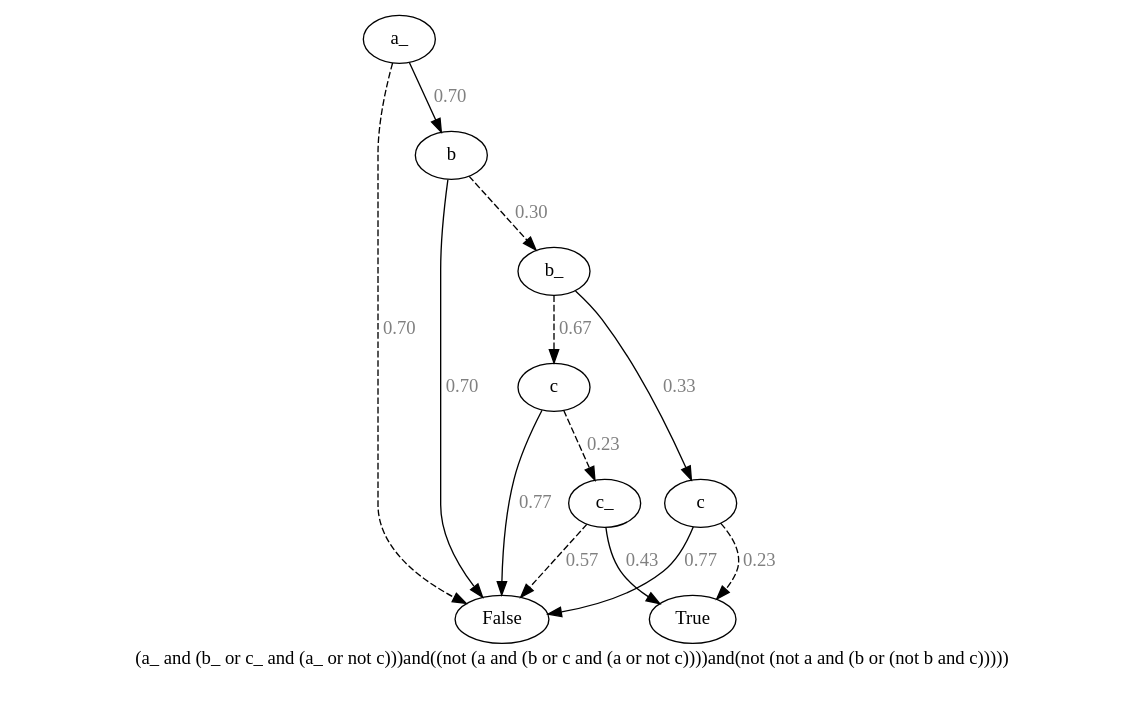
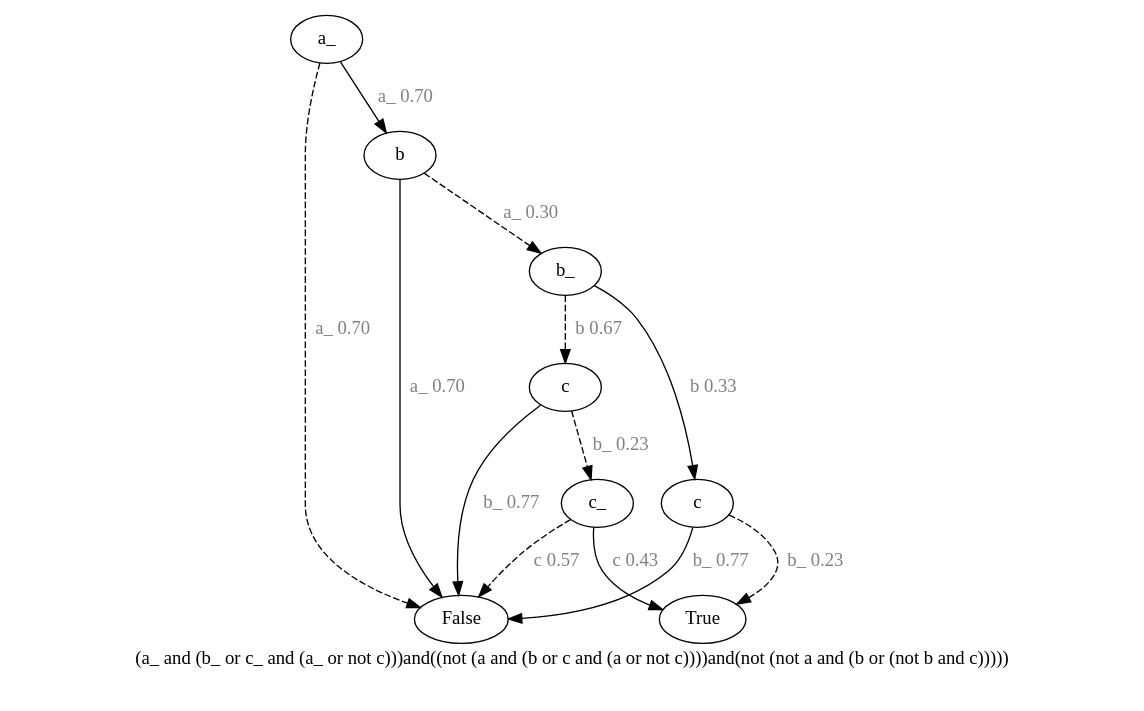
Before and after one commit to O1ez/IncreasingResilienceOfAutomatedVehicles: the diagram in out/test2/end_5_bdd_fp.dot, drawn with Graphviz. The commit also changed 40 other files, not shown here.

```diff
--- a/out/test2/end_5_bdd_fp.dot
+++ b/out/test2/end_5_bdd_fp.dot
@@ -1,39 +1,39 @@
 digraph{
 label="(a_ and (b_ or c_ and (a_ or not c)))and((not (a and (b or c and (a or not c))))and(not (not a and (b or (not b and c)))))\n\n"
-1192242501168[label=a_]1192242499728[label="False
+2201125791024[label=a_]2201125781744[label="False
 "]
-1192242501168 -> 1192242499728[style=dashed label="0.70" fontcolor = gray]
-1192242502928[label="b
+2201125791024 -> 2201125781744[style=dashed label=" a_ 0.70\n" fontcolor = gray]
+2201125867664[label="b
 "]
-1192242501168 -> 1192242502928 [label="0.70" fontcolor = gray]
-1192242498608[label="b_
+2201125791024 -> 2201125867664 [label=" a_ 0.70\n" fontcolor = gray]
+2201125867504[label="b_
 "]
-1192242502928 -> 1192242498608[style=dashed label="0.30" fontcolor = gray]
-1192242500688[label="c
+2201125867664 -> 2201125867504[style=dashed label=" a_ 0.30\n" fontcolor = gray]
+2201125867184[label="c
 "]
-1192242498608 -> 1192242500688[style=dashed label="0.67" fontcolor = gray]
-1192242498768[label="c_
+2201125867504 -> 2201125867184[style=dashed label=" b 0.67\n" fontcolor = gray]
+2201125865264[label="c_
 "]
-1192242500688 -> 1192242498768[style=dashed label="0.23" fontcolor = gray]
-1192242499728[label="False
+2201125867184 -> 2201125865264[style=dashed label=" b_ 0.23\n" fontcolor = gray]
+2201125781744[label="False
 "]
-1192242498768 -> 1192242499728[style=dashed label="0.57" fontcolor = gray]
-1192242499888[label="True
+2201125865264 -> 2201125781744[style=dashed label=" c 0.57\n" fontcolor = gray]
+2201125785904[label="True
 "]
-1192242498768 -> 1192242499888 [label="0.43" fontcolor = gray]
-1192242499728[label="False
+2201125865264 -> 2201125785904 [label=" c 0.43\n" fontcolor = gray]
+2201125781744[label="False
 "]
-1192242500688 -> 1192242499728 [label="0.77" fontcolor = gray]
-1192242500848[label="c
+2201125867184 -> 2201125781744 [label=" b_ 0.77\n" fontcolor = gray]
+2201125867024[label="c
 "]
-1192242498608 -> 1192242500848 [label="0.33" fontcolor = gray]
-1192242499888[label="True
+2201125867504 -> 2201125867024 [label=" b 0.33\n" fontcolor = gray]
+2201125785904[label="True
 "]
-1192242500848 -> 1192242499888[style=dashed label="0.23" fontcolor = gray]
-1192242499728[label="False
+2201125867024 -> 2201125785904[style=dashed label=" b_ 0.23\n" fontcolor = gray]
+2201125781744[label="False
 "]
-1192242500848 -> 1192242499728 [label="0.77" fontcolor = gray]
-1192242499728[label="False
+2201125867024 -> 2201125781744 [label=" b_ 0.77\n" fontcolor = gray]
+2201125781744[label="False
 "]
-1192242502928 -> 1192242499728 [label="0.70" fontcolor = gray]
+2201125867664 -> 2201125781744 [label=" a_ 0.70\n" fontcolor = gray]
 }
```
